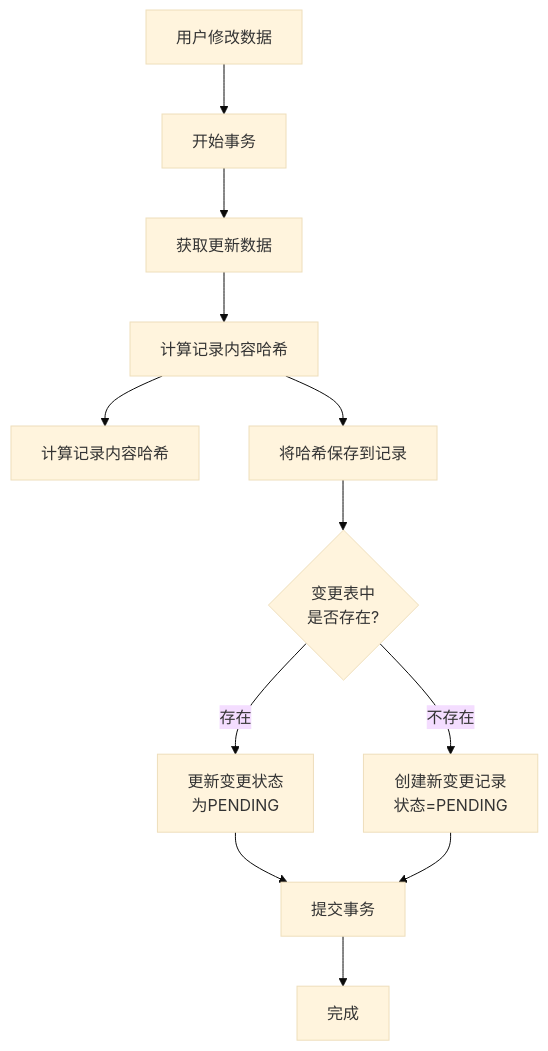
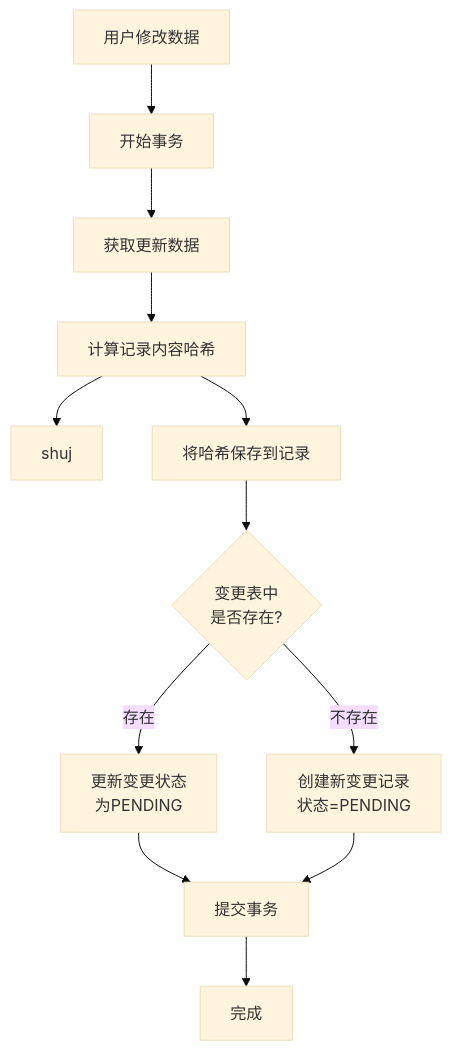
The diagram in all/未命名-42.md (yingjianzh/iodraw-files), drawn with Mermaid (base theme) before and after one commit.

Commit message:
2025-04-24 15:27:04 update

````diff
--- a/all/未命名-42.md
+++ b/all/未命名-42.md
@@ -1,16 +1,16 @@
 ```mermaid
 flowchart TD
     Start[用户修改数据] --> StartTransaction[开始事务]
     StartTransaction --> UpdateRecord[获取更新数据]
     UpdateRecord --> ComputeHash[计算记录内容哈希]
-    ComputeHash --> 将[计算记录内容哈希]
+    ComputeHash --> C[shuj ]
     ComputeHash --> SaveHash[将哈希保存到记录]
     
     SaveHash --> CheckChangeExists{变更表中\n是否存在?}
     CheckChangeExists -- 存在 --> UpdateChange[更新变更状态\n为PENDING]
     CheckChangeExists -- 不存在 --> CreateChange[创建新变更记录\n状态=PENDING]
     
     UpdateChange --> CommitTransaction[提交事务]
     CreateChange --> CommitTransaction
     CommitTransaction --> End[完成]
 ```
````
